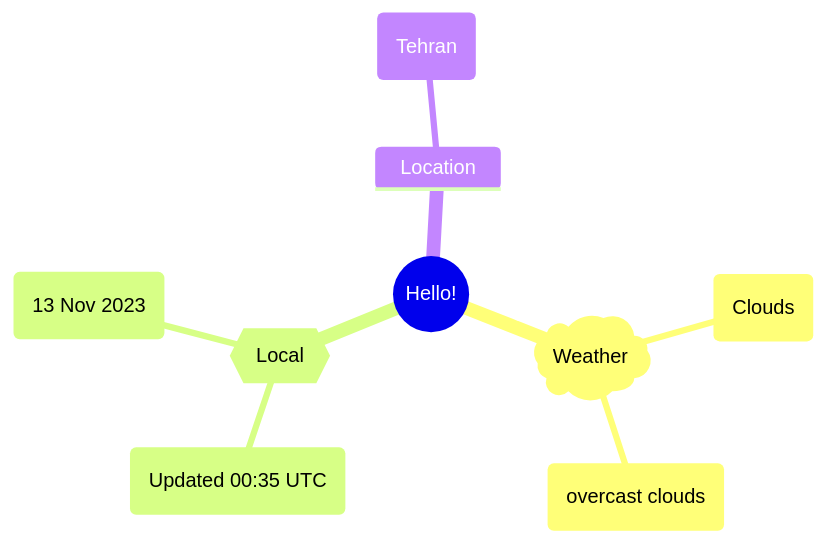
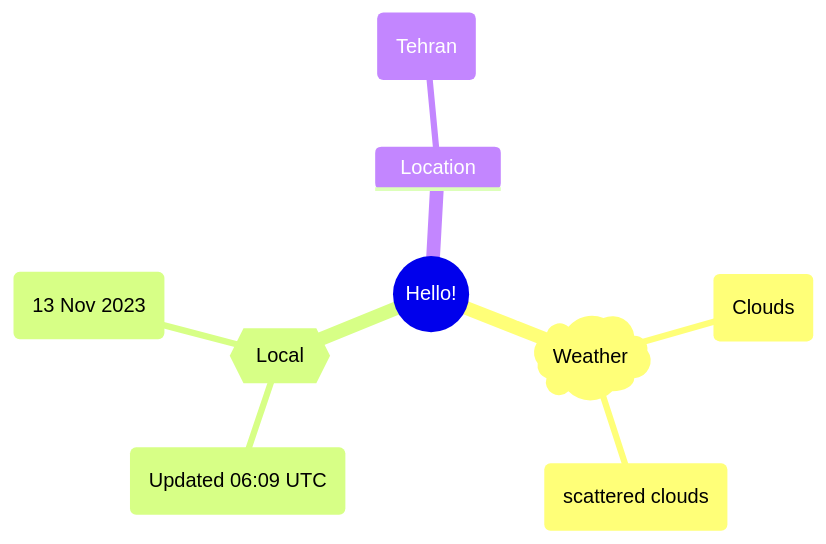
Before and after one commit to Xosrov/Xosrov: the first of 2 diagrams in README.md, drawn with Mermaid.

Commit message:
[bot] updated images

````diff
--- a/README.md
+++ b/README.md
@@ -3,12 +3,12 @@
 ```mermaid
 mindmap
   root((Hello!))
     )Weather(
         (Clouds)
-        (overcast clouds)
+        (scattered clouds)
     {{Local}}
-        (Updated 00:35 UTC)
+        (Updated 06:09 UTC)
         (13 Nov 2023)
     Location
         (Tehran)
 ```
````
